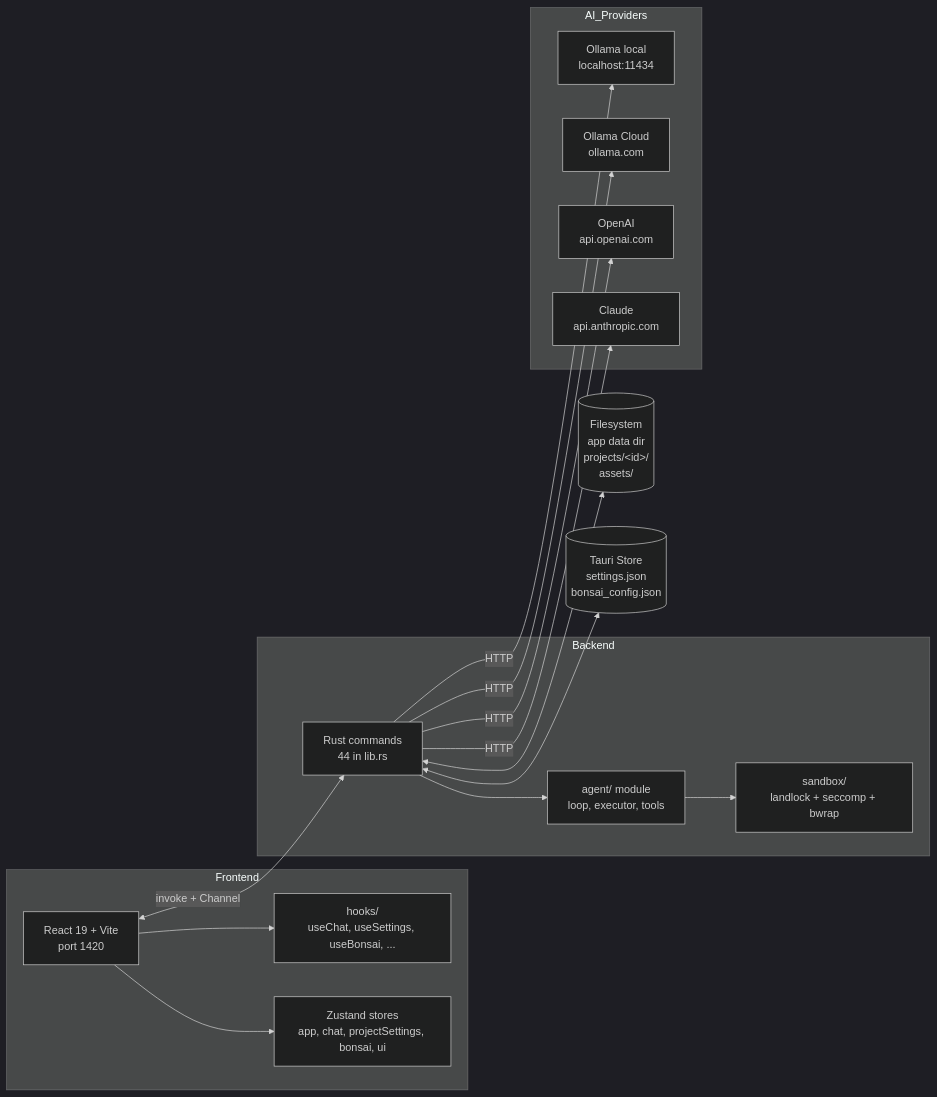
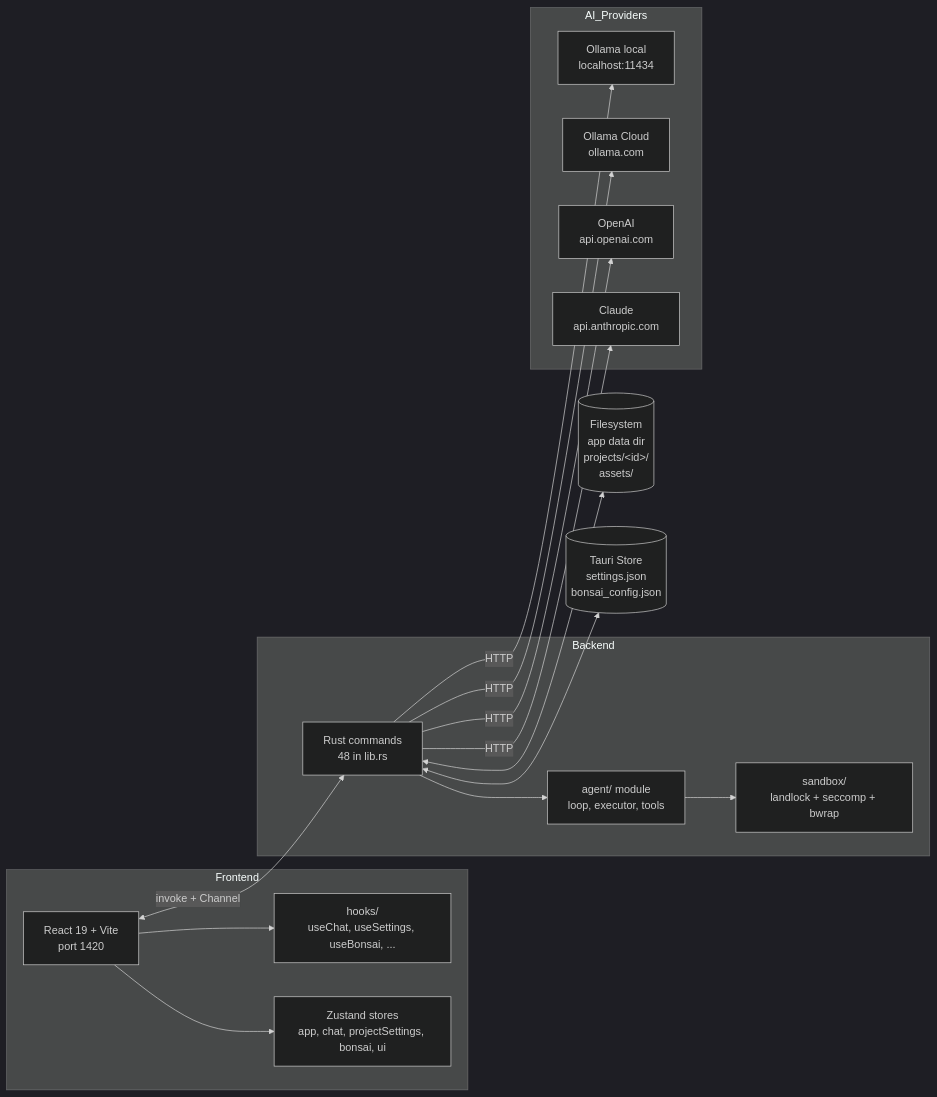
One commit to mihajlobt/rust-prototyper changed the diagram in docs/architecture/index.md. Above: the diagram before and after it, drawn with Mermaid (dark theme). The commit also changed other lines of this file and 13 other files, not shown here.

````diff
--- a/docs/architecture/index.md
+++ b/docs/architecture/index.md
@@ -14,36 +14,36 @@
 ```mermaid
 flowchart LR
     subgraph Frontend
         UI[React 19 + Vite<br/>port 1420]
         Hooks[hooks/<br/>useChat, useSettings, useBonsai, ...]
         Stores[Zustand stores<br/>app, chat, projectSettings, bonsai, ui]
         UI --> Hooks
         UI --> Stores
     end
 
     subgraph Backend
-        Rust[Rust commands<br/>44 in lib.rs]
+        Rust[Rust commands<br/>48 in lib.rs]
         Agent[agent/ module<br/>loop, executor, tools]
         Sandbox[sandbox/<br/>landlock + seccomp + bwrap]
         Rust --> Agent
         Agent --> Sandbox
     end
 
     subgraph AI_Providers
         OllamaLocal[Ollama local<br/>localhost:11434]
         OllamaCloud[Ollama Cloud<br/>ollama.com]
         OpenAI[OpenAI<br/>api.openai.com]
         Claude[Claude<br/>api.anthropic.com]
     end
 
     FS[(Filesystem<br/>app data dir<br/>projects/&lt;id&gt;/<br/>assets/)]
     Store[(Tauri Store<br/>settings.json<br/>bonsai_config.json)]
 
     UI <-->|invoke + Channel| Rust
     Rust -->|HTTP| OllamaLocal
     Rust -->|HTTP| OllamaCloud
     Rust -->|HTTP| OpenAI
     Rust -->|HTTP| Claude
     Rust <--> FS
     Rust <--> Store
 ```
````
